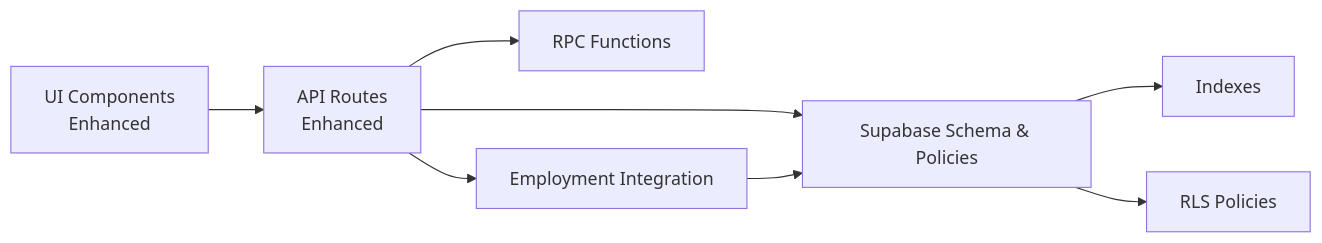
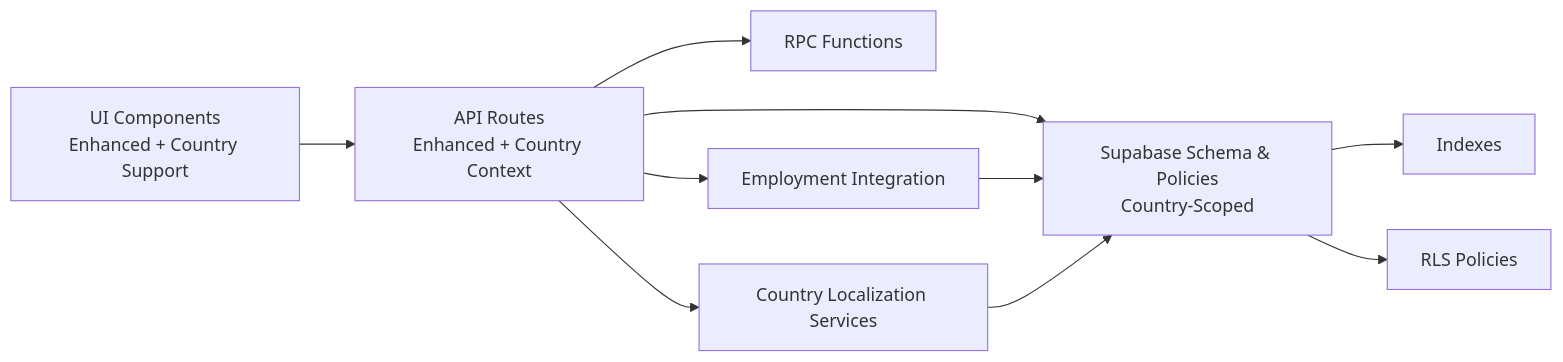
One commit to EdwinCycling/LiquidHR changed the eighth of 8 diagrams in .qoder/repowiki/en/content/Administration/Master Data Management.md. Above: the diagram before and after it, drawn with Mermaid. The commit also changed other lines of this file and 73 other files, not shown here.

````diff
--- a/.qoder/repowiki/en/content/Administration/Master Data Management.md
+++ b/.qoder/repowiki/en/content/Administration/Master Data Management.md
@@ -350,10 +433,12 @@
 ```mermaid
 graph LR
-UI["UI Components<br/>Enhanced"] --> API["API Routes<br/>Enhanced"]
-API --> DB["Supabase Schema & Policies"]
+UI["UI Components<br/>Enhanced + Country Support"] --> API["API Routes<br/>Enhanced + Country Context"]
+API --> DB["Supabase Schema & Policies<br/>Country-Scoped"]
 API --> RPC["RPC Functions"]
 API --> Employment["Employment Integration"]
+API --> Localization["Country Localization Services"]
 DB --> IDX["Indexes"]
 DB --> POL["RLS Policies"]
 Employment --> DB
+Localization --> DB
 ```
````
